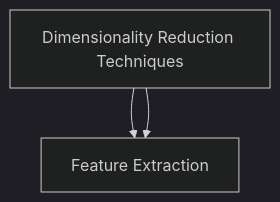
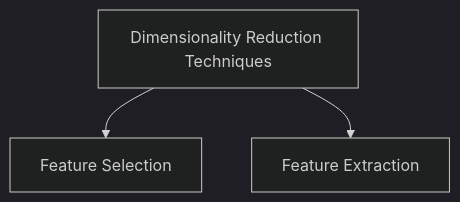
Before and after one commit to gandharvk422/mlatoz: the first of 2 diagrams in Section 42 - Part 09 - Dimensionality Reduction/README.md, drawn with Mermaid (dark theme).

Commit message:
Part 09 - Dimensionality Reduction

````diff
--- a/Section 42 - Part 09 - Dimensionality Reduction/README.md
+++ b/Section 42 - Part 09 - Dimensionality Reduction/README.md
@@ -18,5 +18,5 @@
 ```mermaid
 graph TD
   A[Dimensionality Reduction Techniques] --> B[Feature Selection]
-  A --> B[Feature Extraction]
+  A --> C[Feature Extraction]
 ```
````
